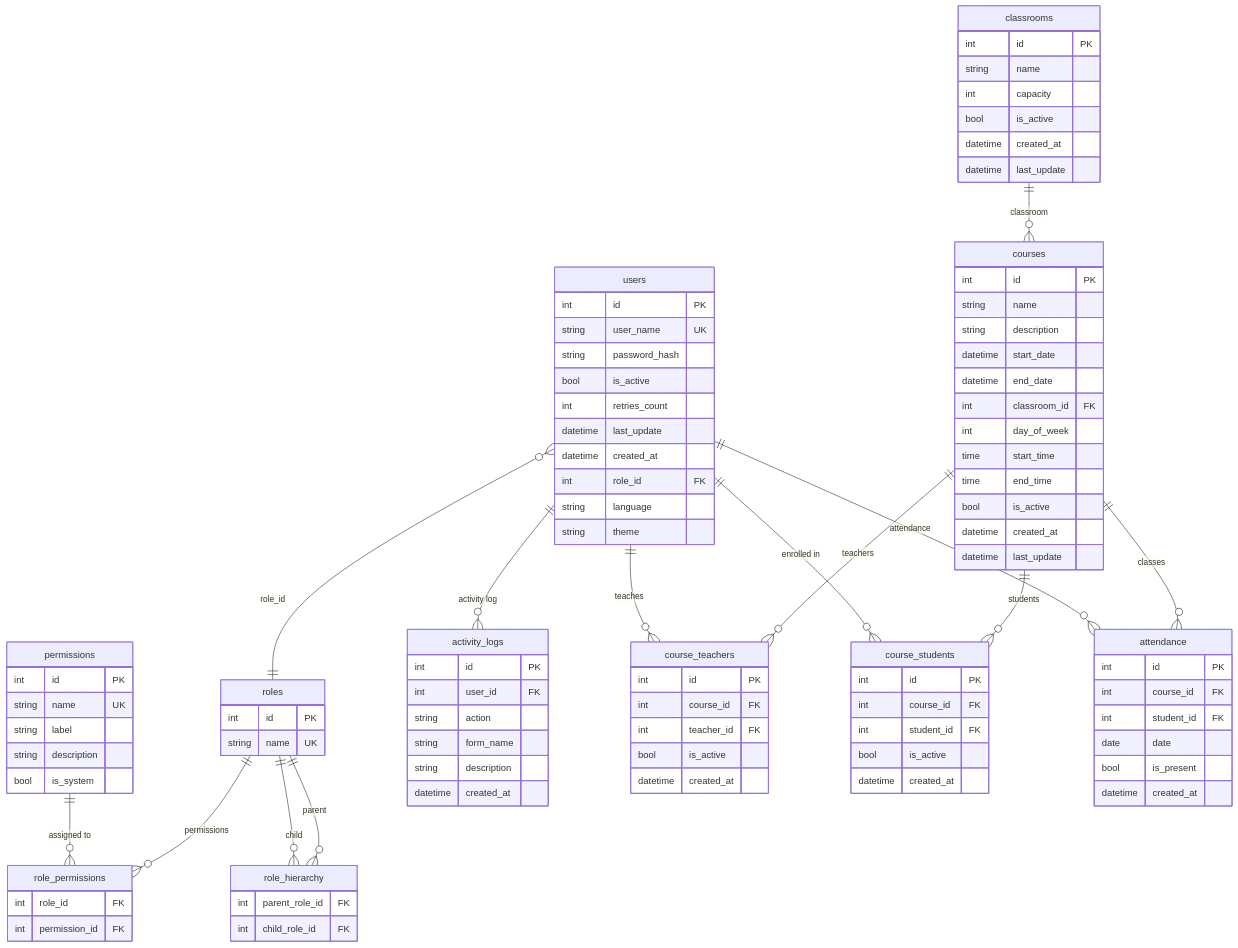
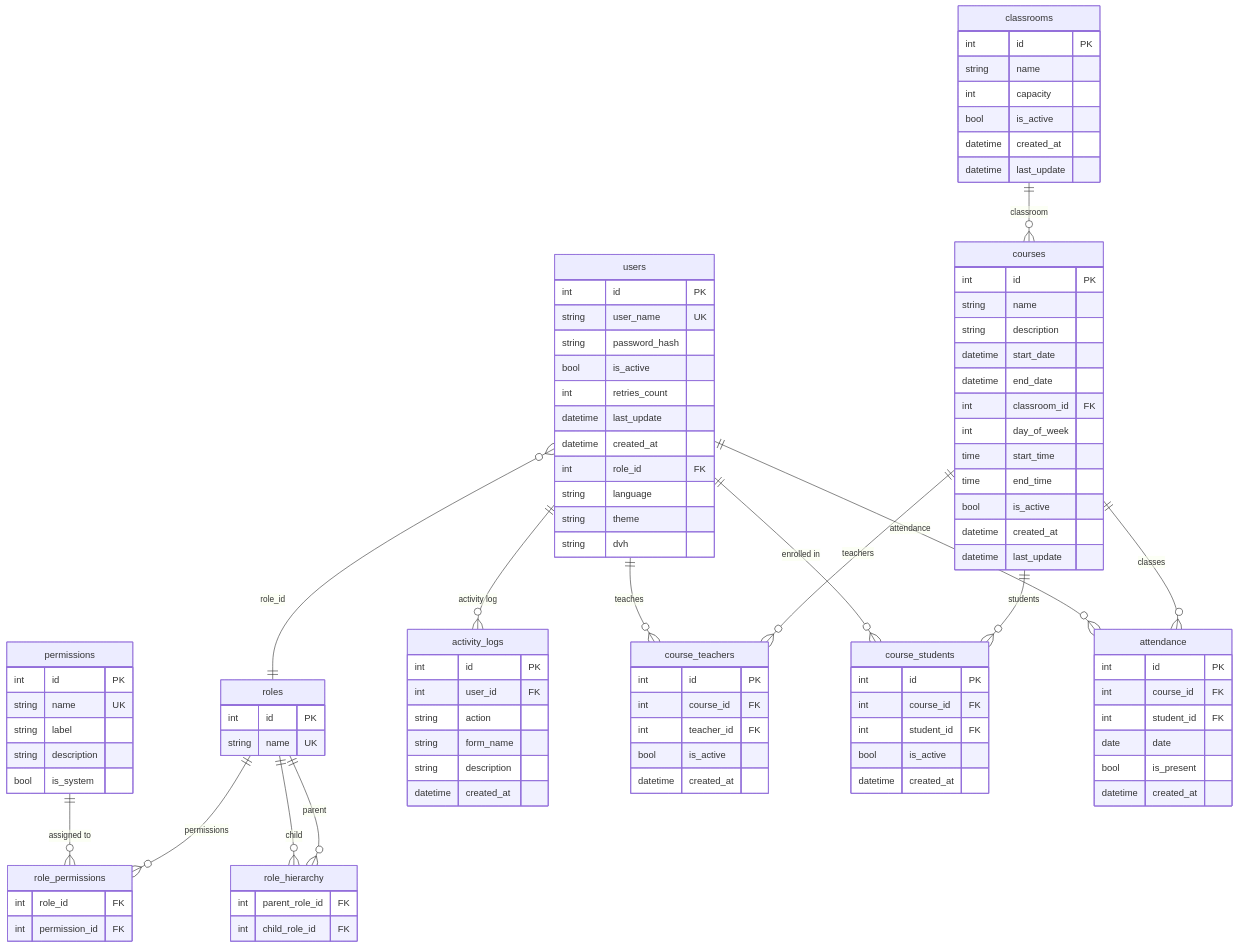
Before and after one commit to DarioZubaray/Proyecto-Final: the diagram in docs/mermaid-live/8.er.mmd, drawn with Mermaid. The commit also changed 2 other files, not shown here.

Commit message:
docs: DVH en READMEs y DER; se retira CU-07 (comportamiento de sistema, no caso de uso)

```diff
--- a/docs/mermaid-live/8.er.mmd
+++ b/docs/mermaid-live/8.er.mmd
@@ -1,98 +1,99 @@
 erDiagram
     roles {
         int id PK
         string name UK
     }
     permissions {
         int id PK
         string name UK
         string label
         string description
         bool is_system
     }
     role_permissions {
         int role_id FK
         int permission_id FK
     }
     role_hierarchy {
         int parent_role_id FK
         int child_role_id FK
     }
     users {
         int id PK
         string user_name UK
         string password_hash
         bool is_active
         int retries_count
         datetime last_update
         datetime created_at
         int role_id FK
         string language
         string theme
+        string dvh
     }
     activity_logs {
         int id PK
         int user_id FK
         string action
         string form_name
         string description
         datetime created_at
     }
     classrooms {
         int id PK
         string name
         int capacity
         bool is_active
         datetime created_at
         datetime last_update
     }
     courses {
         int id PK
         string name
         string description
         datetime start_date
         datetime end_date
         int classroom_id FK
         int day_of_week
         time start_time
         time end_time
         bool is_active
         datetime created_at
         datetime last_update
     }
     course_teachers {
         int id PK
         int course_id FK
         int teacher_id FK
         bool is_active
         datetime created_at
     }
     course_students {
         int id PK
         int course_id FK
         int student_id FK
         bool is_active
         datetime created_at
     }
     attendance {
         int id PK
         int course_id FK
         int student_id FK
         date date
         bool is_present
         datetime created_at
     }
 
     users }o--|| roles : "role_id"
     roles ||--o{ role_permissions : "permissions"
     permissions ||--o{ role_permissions : "assigned to"
     roles ||--o{ role_hierarchy : "parent"
     roles ||--o{ role_hierarchy : "child"
     users ||--o{ activity_logs : "activity log"
     classrooms ||--o{ courses : "classroom"
     courses ||--o{ course_teachers : "teachers"
     users ||--o{ course_teachers : "teaches"
     courses ||--o{ course_students : "students"
     users ||--o{ course_students : "enrolled in"
     courses ||--o{ attendance : "classes"
     users ||--o{ attendance : "attendance"
```
